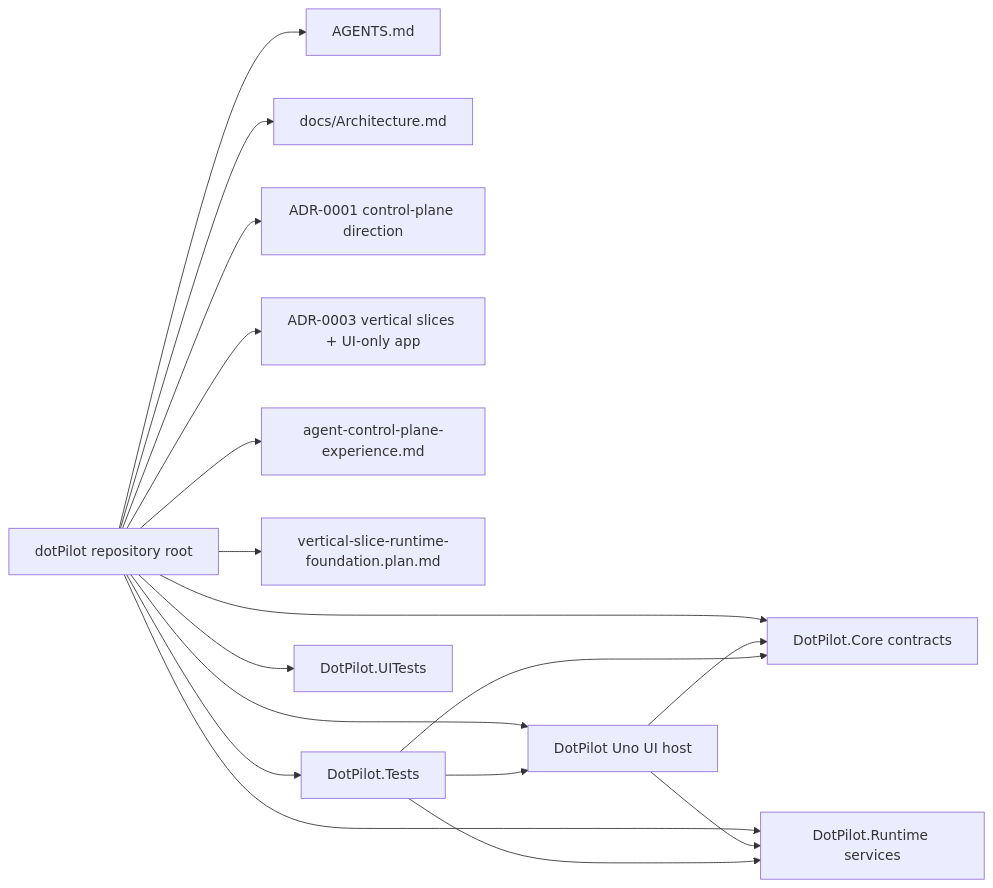
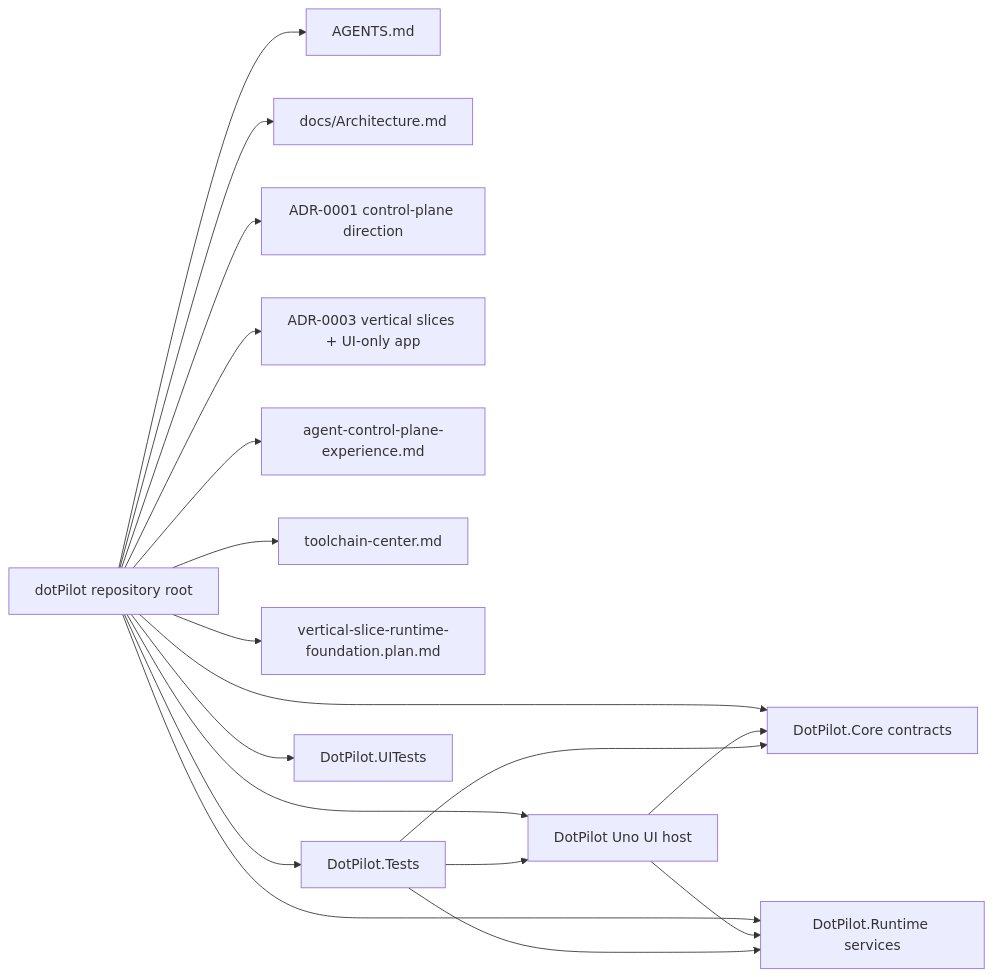
The first of 5 diagrams in docs/Architecture.md (managedcode/dotPilot), drawn with Mermaid before and after one commit. The commit also changed other lines of this file and 42 other files, not shown here.

Commit message:
feat: add toolchain center slice

````diff
--- a/docs/Architecture.md
+++ b/docs/Architecture.md
@@ -28,32 +29,34 @@
 ```mermaid
 flowchart LR
   Root["dotPilot repository root"]
   Governance["AGENTS.md"]
   Architecture["docs/Architecture.md"]
   Adr1["ADR-0001 control-plane direction"]
   Adr3["ADR-0003 vertical slices + UI-only app"]
   Feature["agent-control-plane-experience.md"]
+  Toolchains["toolchain-center.md"]
   Plan["vertical-slice-runtime-foundation.plan.md"]
   Ui["DotPilot Uno UI host"]
   Core["DotPilot.Core contracts"]
   Runtime["DotPilot.Runtime services"]
   Unit["DotPilot.Tests"]
   UiTests["DotPilot.UITests"]
 
   Root --> Governance
   Root --> Architecture
   Root --> Adr1
   Root --> Adr3
   Root --> Feature
+  Root --> Toolchains
   Root --> Plan
   Root --> Ui
   Root --> Core
   Root --> Runtime
   Root --> Unit
   Root --> UiTests
   Ui --> Core
   Ui --> Runtime
   Unit --> Ui
   Unit --> Core
   Unit --> Runtime
 ```
````
